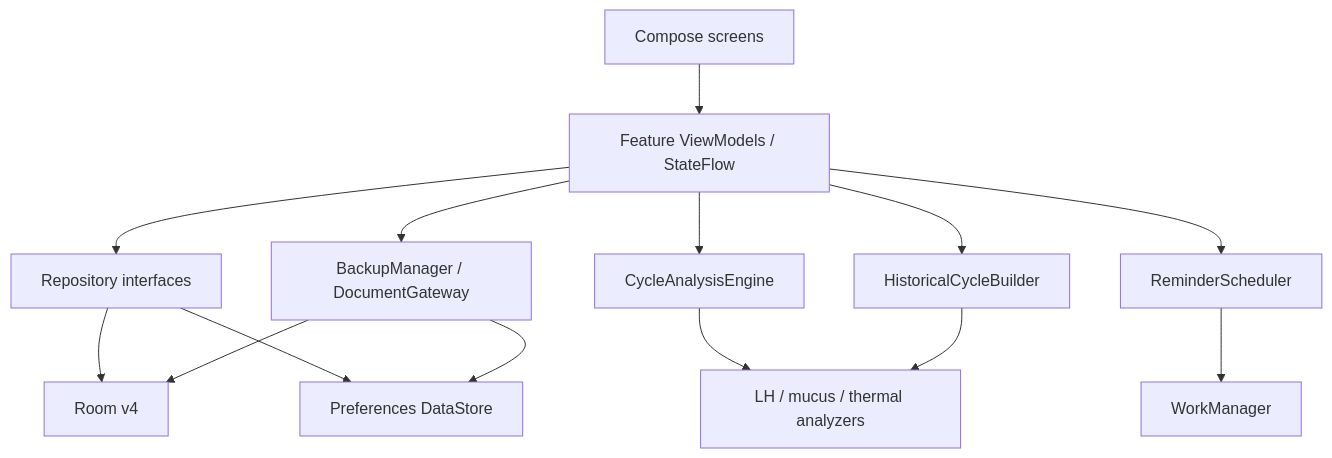
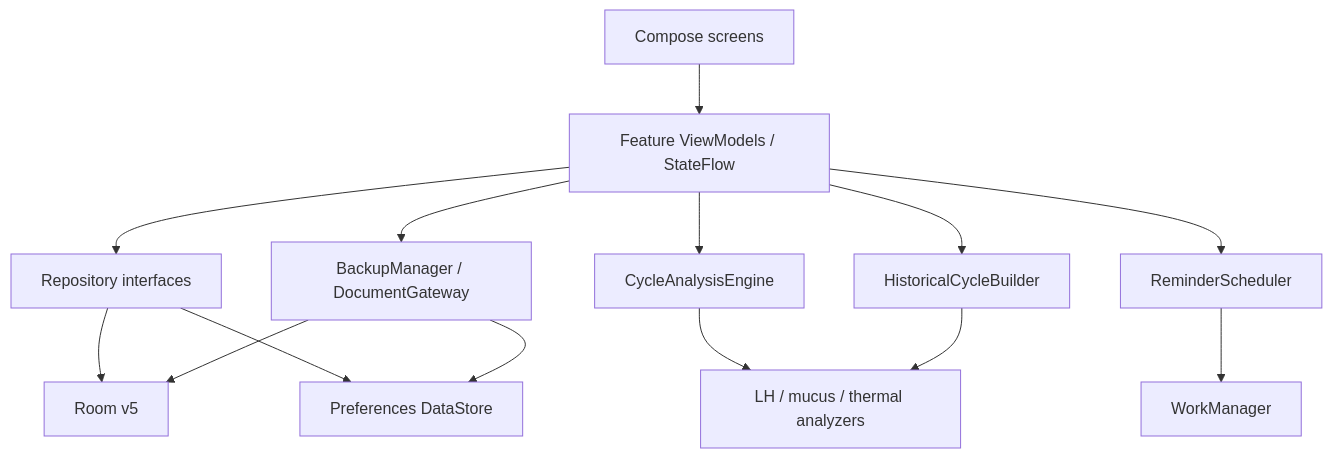
Before and after one commit to hrsi56/Tovati: the diagram in docs/ARCHITECTURE_HE.md, drawn with Mermaid. The commit also changed other lines of this file and 19 other files, not shown here.

````diff
--- a/docs/ARCHITECTURE_HE.md
+++ b/docs/ARCHITECTURE_HE.md
@@ -9,16 +9,16 @@
 ```mermaid
 flowchart TB
     UI["Compose screens"] --> VM["Feature ViewModels / StateFlow"]
     VM --> R["Repository interfaces"]
     VM --> E["CycleAnalysisEngine"]
     VM --> H["HistoricalCycleBuilder"]
     E --> S["LH / mucus / thermal analyzers"]
     H --> S
-    R --> ROOM["Room v4"]
+    R --> ROOM["Room v5"]
     R --> DS["Preferences DataStore"]
     VM --> B["BackupManager / DocumentGateway"]
     B --> ROOM
     B --> DS
     VM --> W["ReminderScheduler"]
     W --> WM["WorkManager"]
 ```
````
